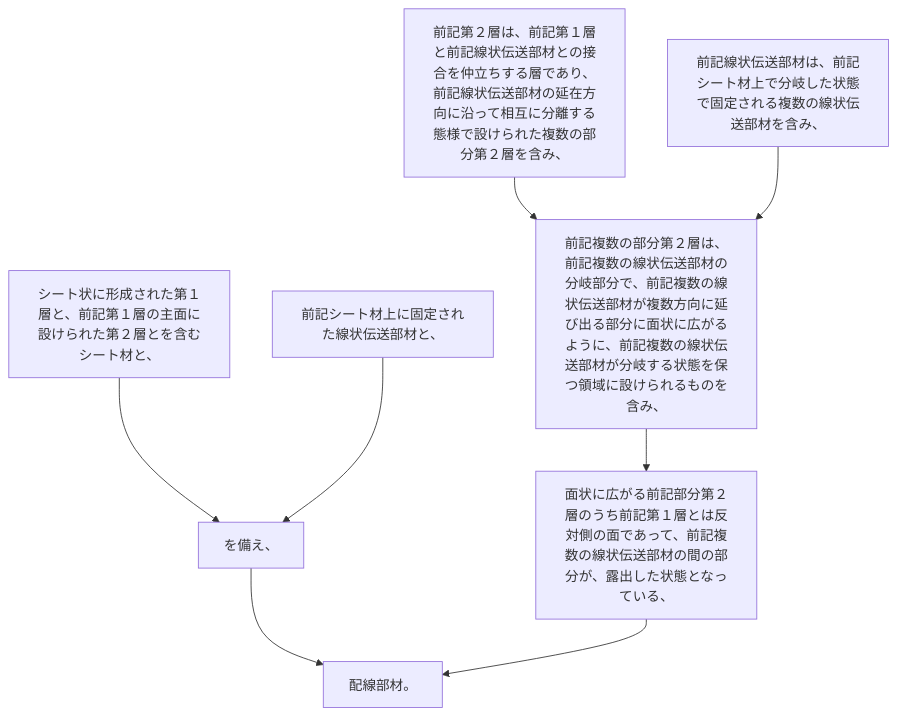
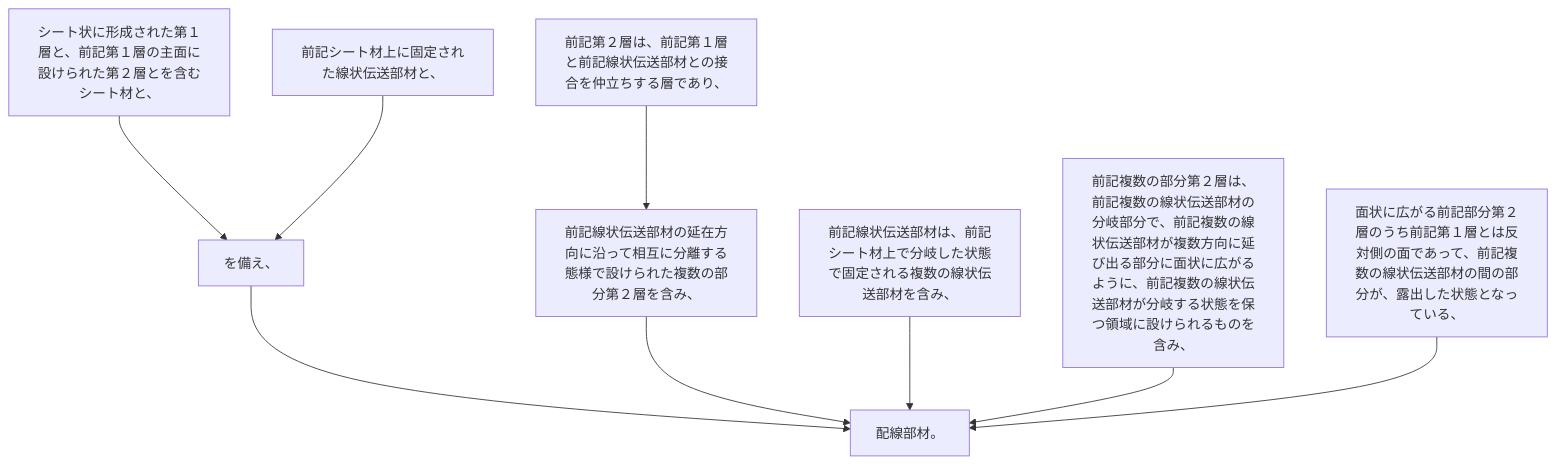
One commit to shinmori55/patent_analyzed changed the diagram in 2024/JP2024001238A/claim_2/README.md. Above: the diagram before and after it, drawn with Mermaid. The commit also changed 10 other files, not shown here.

````diff
--- a/2024/JP2024001238A/claim_2/README.md
+++ b/2024/JP2024001238A/claim_2/README.md
@@ -8,19 +8,20 @@
 ```mermaid
 flowchart TD
 A[シート状に形成された第１層と、前記第１層の主面に設けられた第２層とを含むシート材と、]
 B[前記シート材上に固定された線状伝送部材と、]
 C[を備え、]
-D[前記第２層は、前記第１層と前記線状伝送部材との接合を仲立ちする層であり、前記線状伝送部材の延在方向に沿って相互に分離する態様で設けられた複数の部分第２層を含み、]
-E[前記線状伝送部材は、前記シート材上で分岐した状態で固定される複数の線状伝送部材を含み、]
-F[前記複数の部分第２層は、前記複数の線状伝送部材の分岐部分で、前記複数の線状伝送部材が複数方向に延び出る部分に面状に広がるように、前記複数の線状伝送部材が分岐する状態を保つ領域に設けられるものを含み、]
-G[面状に広がる前記部分第２層のうち前記第１層とは反対側の面であって、前記複数の線状伝送部材の間の部分が、露出した状態となっている、]
-H[配線部材。]
-
+D[前記第２層は、前記第１層と前記線状伝送部材との接合を仲立ちする層であり、]
+E[前記線状伝送部材の延在方向に沿って相互に分離する態様で設けられた複数の部分第２層を含み、]
+F[前記線状伝送部材は、前記シート材上で分岐した状態で固定される複数の線状伝送部材を含み、]
+G[前記複数の部分第２層は、前記複数の線状伝送部材の分岐部分で、前記複数の線状伝送部材が複数方向に延び出る部分に面状に広がるように、前記複数の線状伝送部材が分岐する状態を保つ領域に設けられるものを含み、]
+H[面状に広がる前記部分第２層のうち前記第１層とは反対側の面であって、前記複数の線状伝送部材の間の部分が、露出した状態となっている、]
+I[配線部材。]
 A --> C
 B --> C
-C --> H
-D --> F
-E --> F
-F --> G
-G --> H
+C --> I
+D --> E
+E --> I
+F --> I
+G --> I
+H --> I
 ```
````
